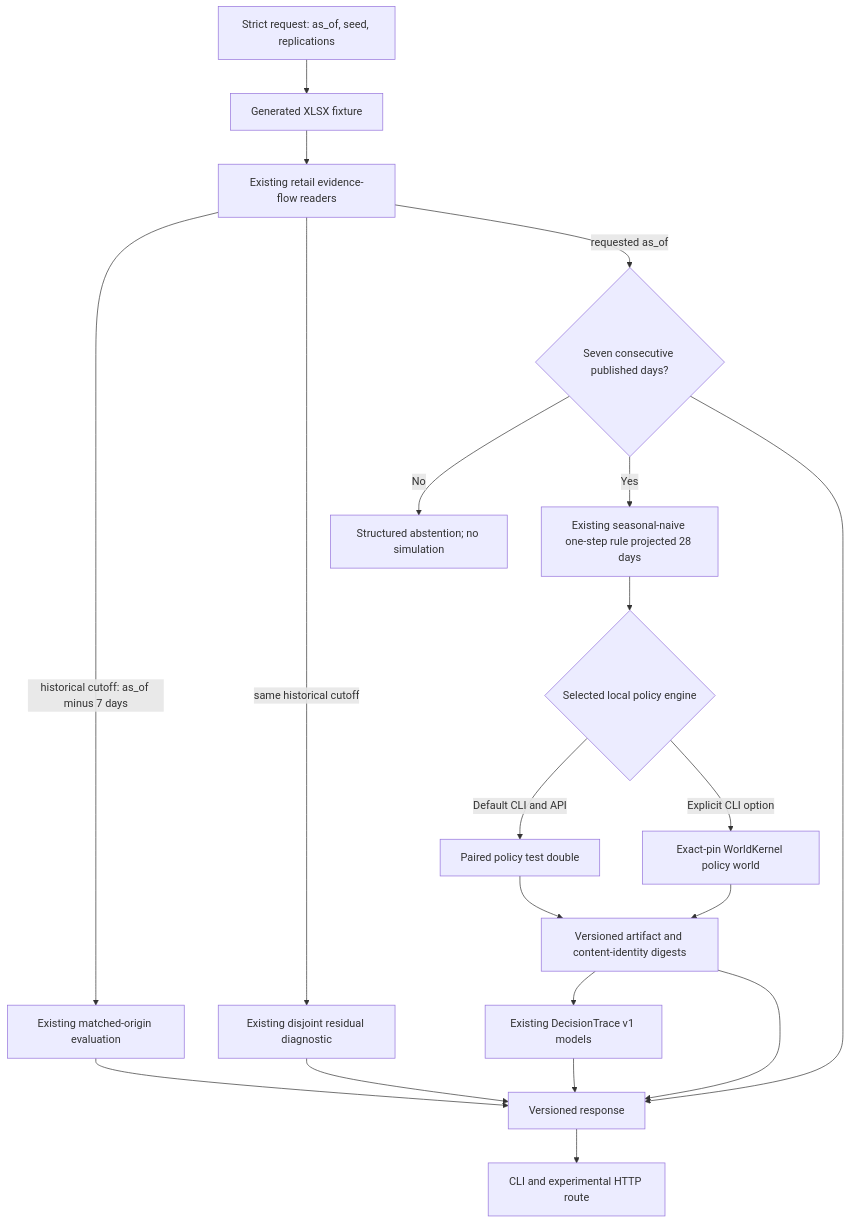
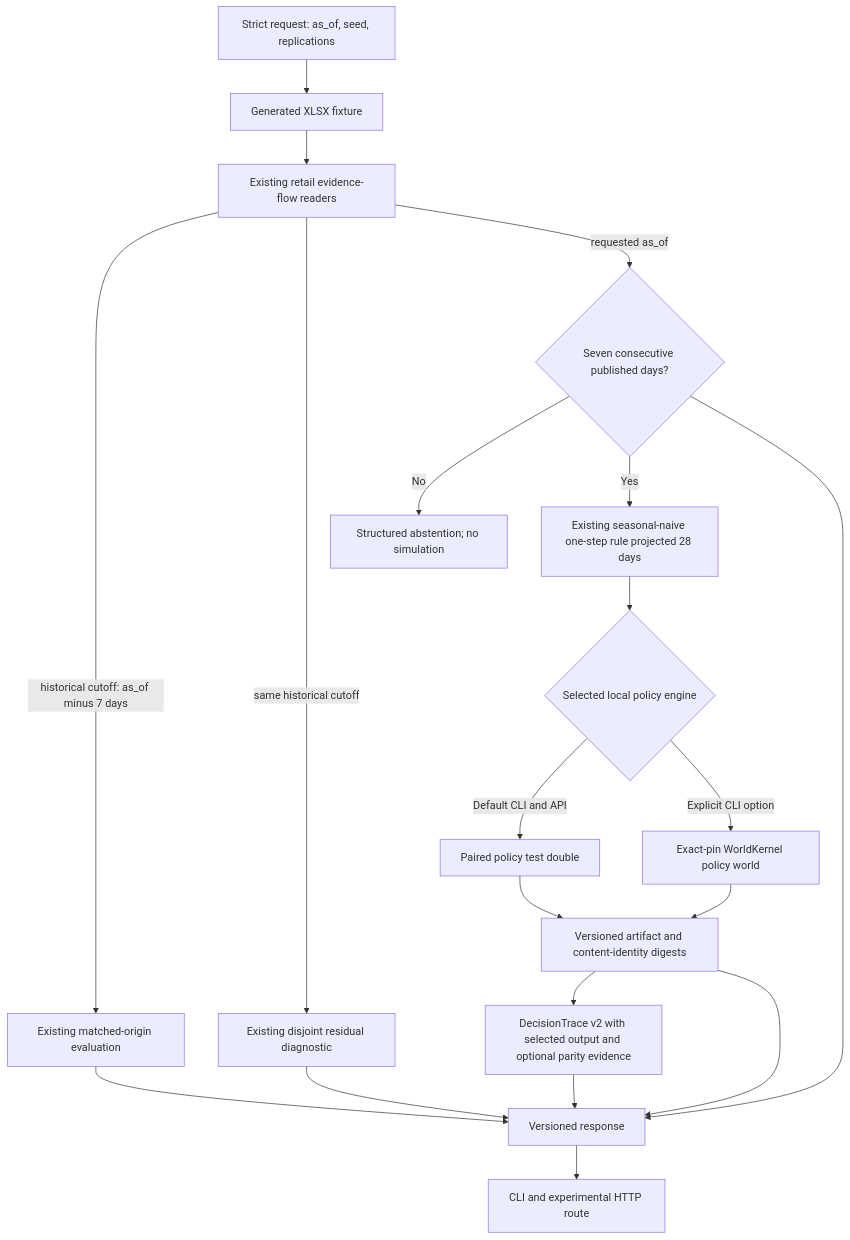
The diagram in docs/engineering/M1_RETAIL_SYNTHETIC_DECISION_WORKFLOW.md (GustavoMFDS/MirrorMind), drawn with Mermaid before and after one commit. The commit also changed other lines of this file and 24 other files, not shown here.

````diff
--- a/docs/engineering/M1_RETAIL_SYNTHETIC_DECISION_WORKFLOW.md
+++ b/docs/engineering/M1_RETAIL_SYNTHETIC_DECISION_WORKFLOW.md
@@ -33,22 +34,22 @@
 ```mermaid
 flowchart TD
   R[Strict request: as_of, seed, replications] --> F[Generated XLSX fixture]
   F --> I[Existing retail evidence-flow readers]
   I -->|historical cutoff: as_of minus 7 days| E[Existing matched-origin evaluation]
   I -->|same historical cutoff| U[Existing disjoint residual diagnostic]
   I -->|requested as_of| A{Seven consecutive published days?}
   A -->|No| X[Structured abstention; no simulation]
   A -->|Yes| B[Existing seasonal-naive one-step rule projected 28 days]
   B --> P{Selected local policy engine}
   P -->|Default CLI and API| D[Paired policy test double]
   P -->|Explicit CLI option| W[Exact-pin WorldKernel policy world]
   D --> H[Versioned artifact and content-identity digests]
   W --> H
-  H --> T[Existing DecisionTrace v1 models]
+  H --> T[DecisionTrace v2 with selected output and optional parity evidence]
   E --> O[Versioned response]
   U --> O
   A --> O
   T --> O
   H --> O
   O --> C[CLI and experimental HTTP route]
 ```
````
